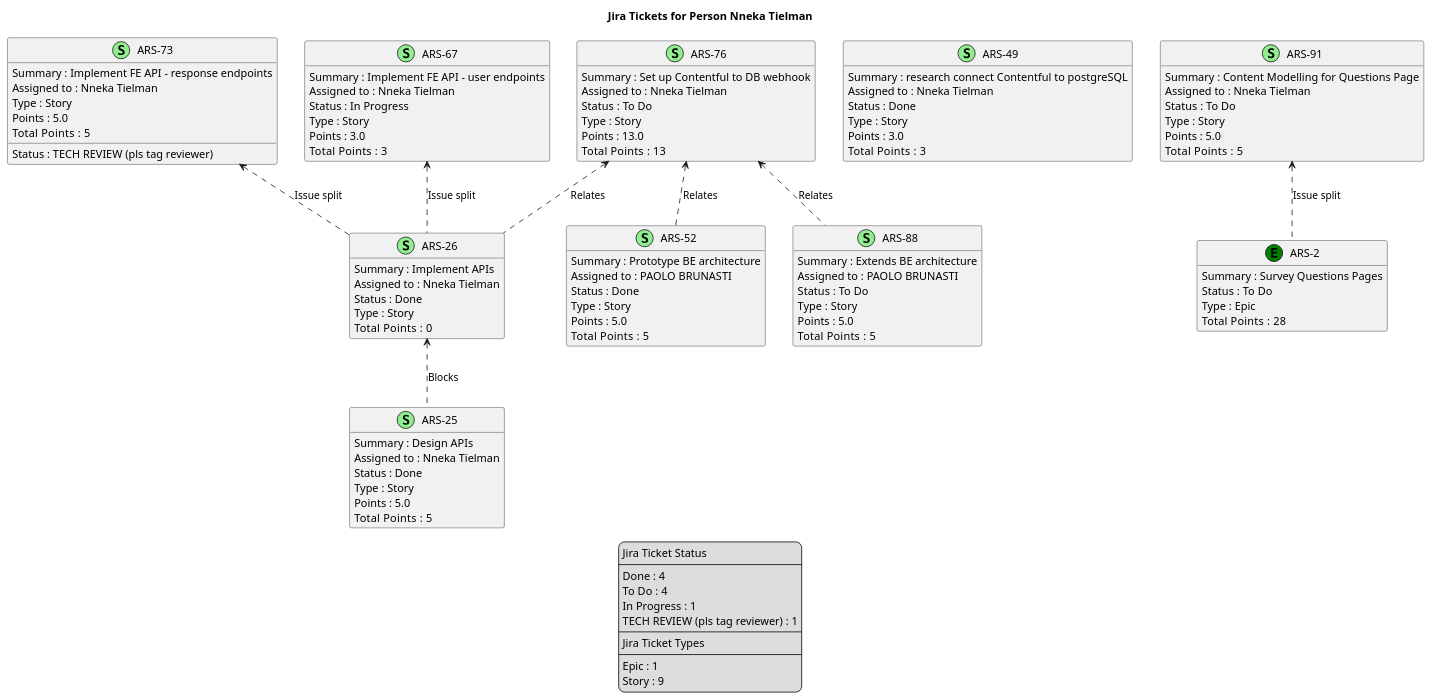
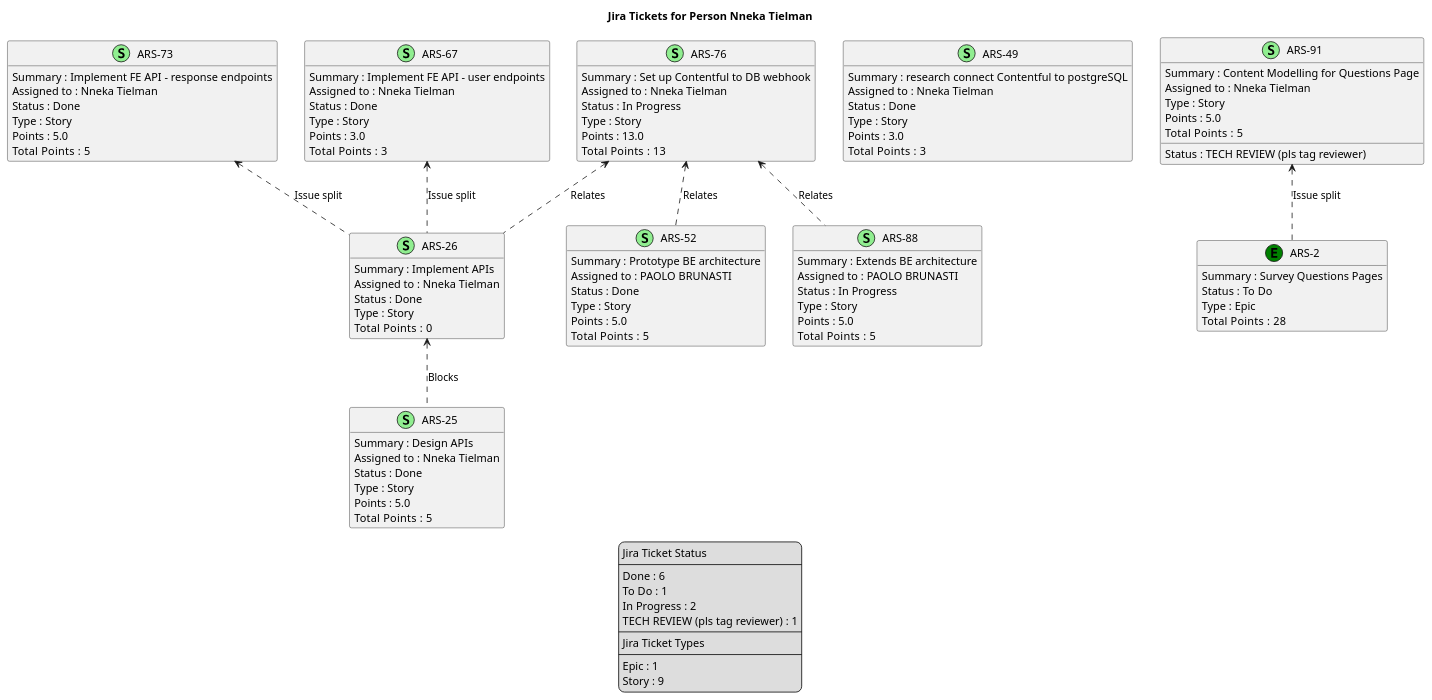
The diagram in docs/nexus/jira-Person-Nneka_Tielman.puml (brunasti/jiraplotter), drawn with PlantUML before and after one commit. The commit also changed 26 other files, not shown here.

Commit message:
Regenerates Nexus diagrams

```diff
--- a/docs/nexus/jira-Person-Nneka_Tielman.puml
+++ b/docs/nexus/jira-Person-Nneka_Tielman.puml
@@ -1,132 +1,132 @@
 @startuml
 'https://plantuml.com/class-diagram
 
 ' GENERATE CLASS DIAGRAM ===========
-' Generated at    : Mon May 27 11:35:03 CEST 2024
+' Generated at    : Wed May 29 11:49:43 CEST 2024
 
 title Jira Tickets for Person Nneka Tielman
 hide empty members
 
 legend
 Jira Ticket Status
 ----
-Done : 4
-To Do : 4
-In Progress : 1
+Done : 6
+To Do : 1
+In Progress : 2
 TECH REVIEW (pls tag reviewer) : 1
 ----
 Jira Ticket Types
 ----
 Epic : 1
 Story : 9
 end legend
 
 
 ' Tickets =======
 class "ARS-73" << (S,lightgreen) >> {
  Summary : Implement FE API - response endpoints
  Assigned to : Nneka Tielman
- Status : TECH REVIEW (pls tag reviewer)
+ Status : Done
  Type : Story
  Points : 5.0
 Total  Points : 5
 }
 
 class "ARS-49" << (S,lightgreen) >> {
  Summary : research connect Contentful to postgreSQL
  Assigned to : Nneka Tielman
  Status : Done
  Type : Story
  Points : 3.0
 Total  Points : 3
 }
 
 class "ARS-91" << (S,lightgreen) >> {
  Summary : Content Modelling for Questions Page
  Assigned to : Nneka Tielman
- Status : To Do
+ Status : TECH REVIEW (pls tag reviewer)
  Type : Story
  Points : 5.0
 Total  Points : 5
 }
 
 class "ARS-67" << (S,lightgreen) >> {
  Summary : Implement FE API - user endpoints
  Assigned to : Nneka Tielman
- Status : In Progress
+ Status : Done
  Type : Story
  Points : 3.0
 Total  Points : 3
 }
 
 class "ARS-25" << (S,lightgreen) >> {
  Summary : Design APIs
  Assigned to : Nneka Tielman
  Status : Done
  Type : Story
  Points : 5.0
 Total  Points : 5
 }
 
 class "ARS-26" << (S,lightgreen) >> {
  Summary : Implement APIs
  Assigned to : Nneka Tielman
  Status : Done
  Type : Story
 Total  Points : 0
 }
 
 class "ARS-52" << (S,lightgreen) >> {
  Summary : Prototype BE architecture
  Assigned to : PAOLO BRUNASTI
  Status : Done
  Type : Story
  Points : 5.0
 Total  Points : 5
 }
 
 class "ARS-2" << (E,green) >> {
  Summary : Survey Questions Pages
  Status : To Do
  Type : Epic
 Total  Points : 28
 }
 
 class "ARS-76" << (S,lightgreen) >> {
  Summary : Set up Contentful to DB webhook
  Assigned to : Nneka Tielman
- Status : To Do
+ Status : In Progress
  Type : Story
  Points : 13.0
 Total  Points : 13
 }
 
 class "ARS-88" << (S,lightgreen) >> {
  Summary : Extends BE architecture
  Assigned to : PAOLO BRUNASTI
- Status : To Do
+ Status : In Progress
  Type : Story
  Points : 5.0
 Total  Points : 5
 }
 
 
 
 ' Links =======
 "ARS-91" <.. "ARS-2" : Issue split
 
 "ARS-26" <.. "ARS-25" : Blocks
 
 "ARS-67" <.. "ARS-26" : Issue split
 
 "ARS-73" <.. "ARS-26" : Issue split
 
 "ARS-76" <.. "ARS-26" : Relates
 
 "ARS-76" <.. "ARS-52" : Relates
 
 "ARS-76" <.. "ARS-88" : Relates
 
 
 
 @enduml
```
